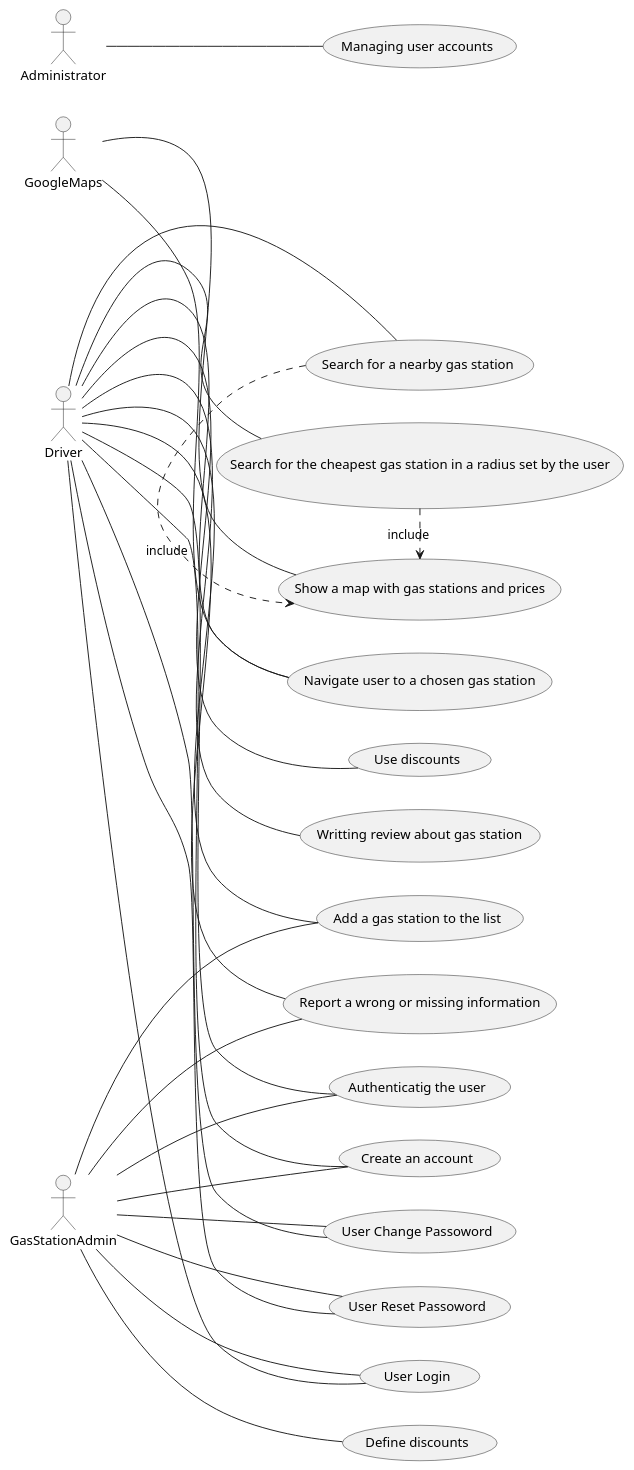
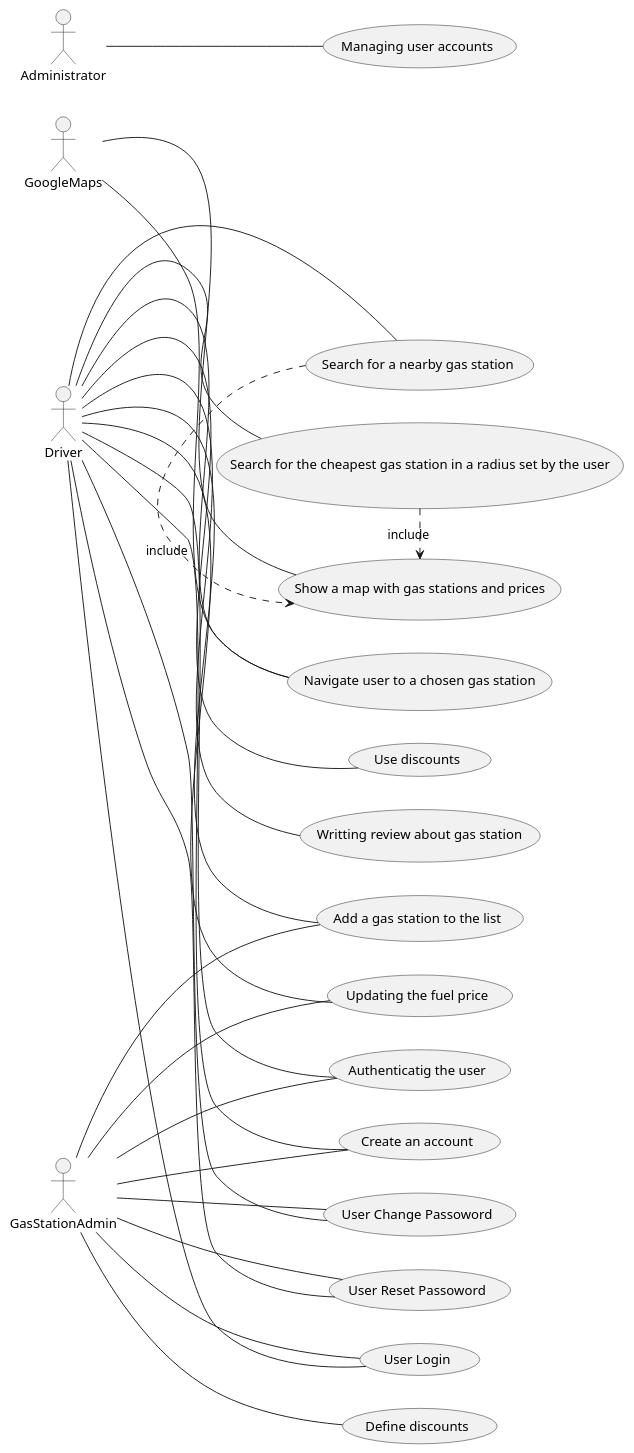
One commit to LucaOddoneSE/EZGas changed the second of 5 diagrams in docs/RequirementsDocument.md. Above: the diagram before and after it, drawn with PlantUML. The commit also changed other lines of this file, not shown here.

````diff
--- a/docs/RequirementsDocument.md
+++ b/docs/RequirementsDocument.md
@@ -107,57 +107,57 @@
 ```plantuml
 @startuml
 left to right direction
 actor Driver as d
 actor GasStationAdmin as a
 actor GoogleMaps as g
 actor Administrator as h
 
 (Search for a nearby gas station) as FR1
 (Search for the cheapest gas station in a radius set by the user) as FR2
 (Show a map with gas stations and prices) as FR3
 (Navigate user to a chosen gas station) as FR4
 (Create an account) as FR5
 (Add a gas station to the list) as FR6
-(Report a wrong or missing information) as FR7
+(Updating the fuel price) as FR7
 (Use discounts) as FR8
 (Define discounts) as FR9
 (Managing user accounts) as FR10
 (Writting review about gas station) as FR11
 (User Login) as FR12
 (User Reset Passoword) as FR13
 (User Change Passoword) as FR14
 (Authenticatig the user) as FR15
 
 d -- FR1
 d -- FR2
 d -- FR4
 d -- FR5
 d -- FR6
 d -- FR7
 d -- FR8
 d -- FR11
 d -- FR12
 d -- FR13
 d -- FR14
 d -- FR15
 
 
 FR1 .> FR3 : include
 FR2 .> FR3 : include
 
 a -- FR5
 a -- FR6
 a -- FR7
 a -- FR9
 a -- FR12
 a -- FR13
 a -- FR14
 a -- FR15
 
 
 g -- FR3
 g -- FR4
 
 h -- FR10
 @enduml
 ```
````
